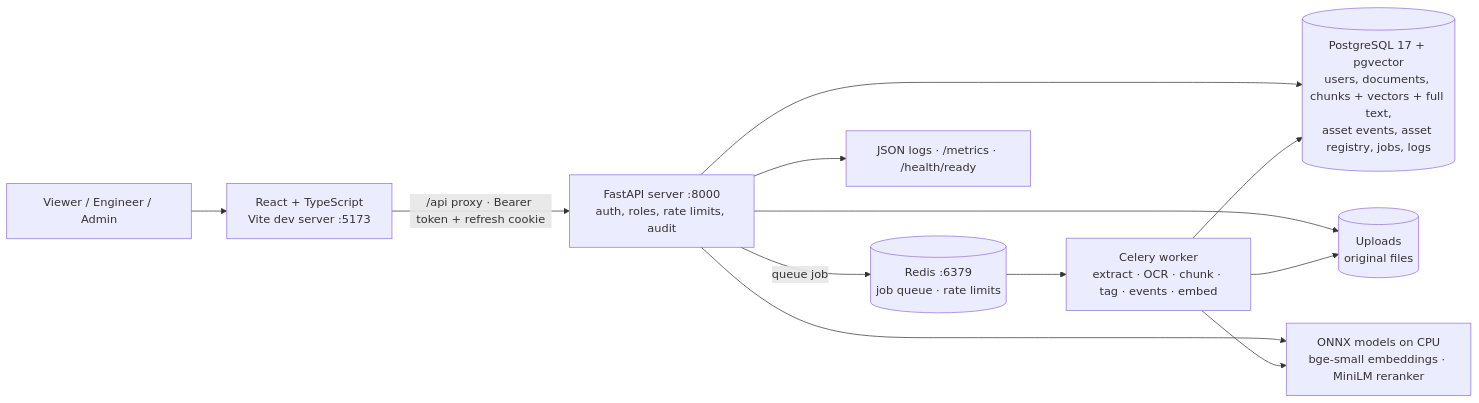
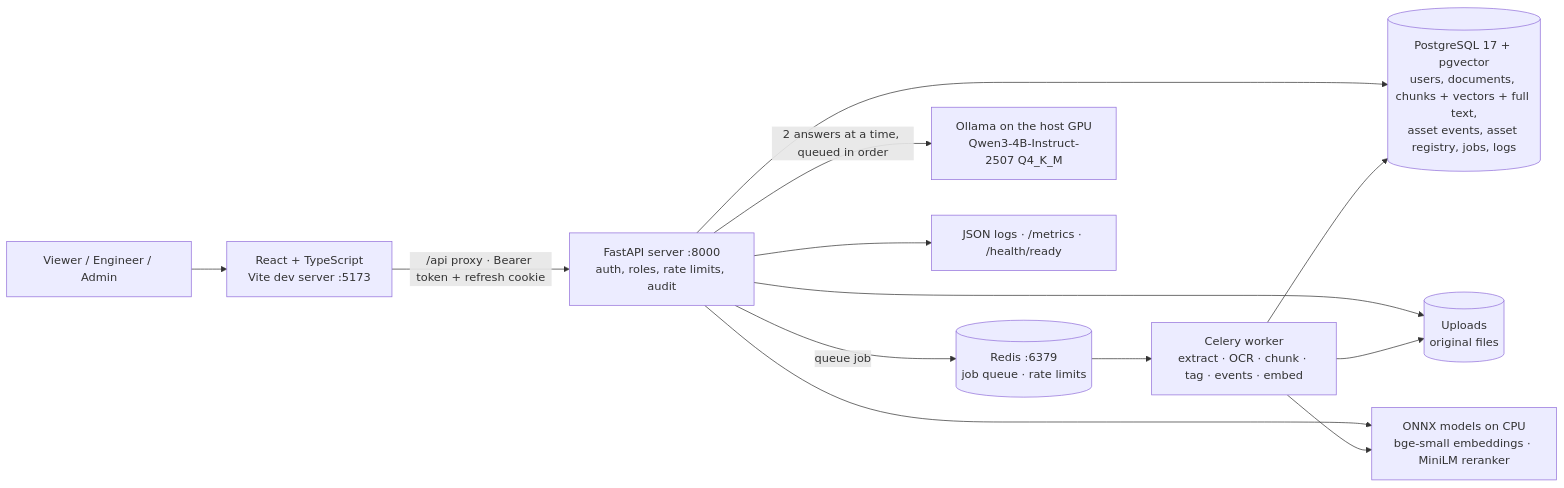
The first of 2 diagrams in docs/architecture.md (Balavigneshcse/IndustrialBrain), drawn with Mermaid before and after one commit. The commit also changed other lines of this file and 11 other files, not shown here.

````diff
--- a/docs/architecture.md
+++ b/docs/architecture.md
@@ -7,14 +7,15 @@
 ```mermaid
 flowchart LR
     U[Viewer / Engineer / Admin] --> R[React + TypeScript<br/>Vite dev server :5173]
     R -->|/api proxy · Bearer token + refresh cookie| S[FastAPI server :8000<br/>auth, roles, rate limits, audit]
     S -->|queue job| Q[(Redis :6379<br/>job queue · rate limits)]
     Q --> W[Celery worker<br/>extract · OCR · chunk · tag · events · embed]
     S --> PG[(PostgreSQL 17 + pgvector<br/>users, documents, chunks + vectors + full text,<br/>asset events, asset registry, jobs, logs)]
     W --> PG
     S --> FILES[(Uploads<br/>original files)]
     W --> FILES
     S --> M[ONNX models on CPU<br/>bge-small embeddings · MiniLM reranker]
     W --> M
+    S -->|2 answers at a time, queued in order| O[Ollama on the host GPU<br/>Qwen3-4B-Instruct-2507 Q4_K_M]
     S --> OBS[JSON logs · /metrics · /health/ready]
 ```
````
